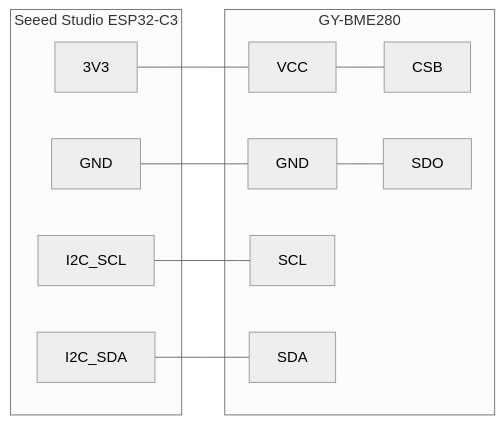
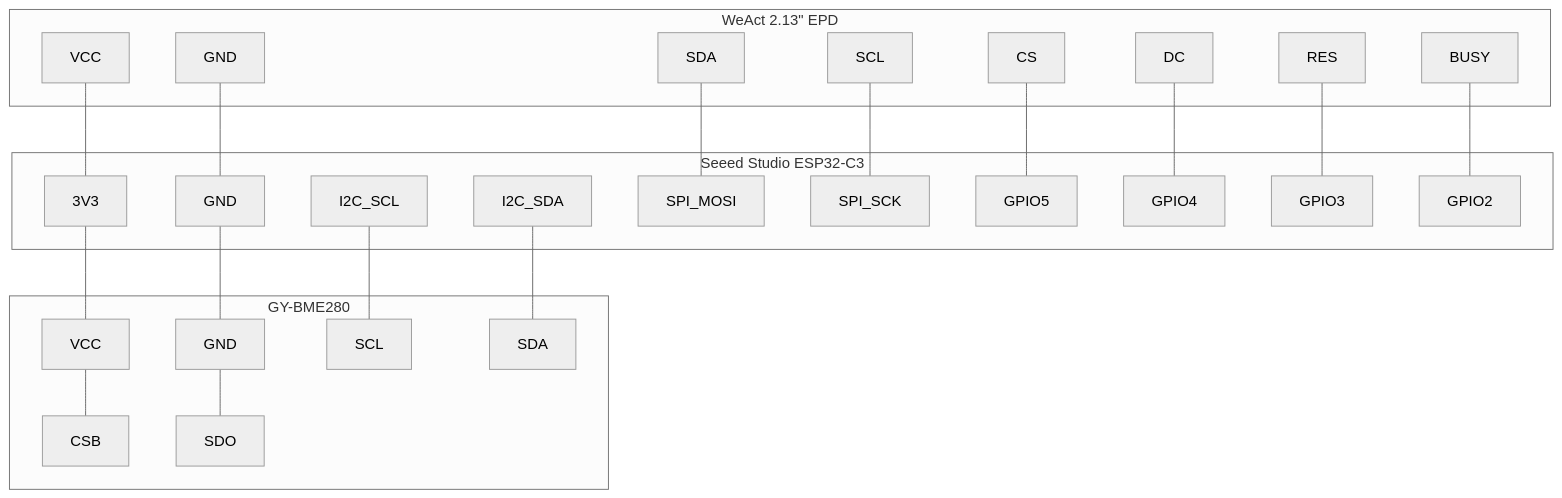
Before and after one commit to rlibaert/weather-station: the diagram in README.md, drawn with Mermaid (neutral theme). The commit also changed other lines of this file and 3 other files, not shown here.

````diff
--- a/README.md
+++ b/README.md
@@ -12,24 +14,47 @@
 ```mermaid
-flowchart LR
+flowchart TB
 
 subgraph ESP32[Seeed Studio ESP32-C3]
   esp_sda[I2C_SDA]
   esp_scl[I2C_SCL]
   esp_3v3[3V3]
   esp_gnd[GND]
+  esp_mosi[SPI_MOSI]
+  esp_sck[SPI_SCK]
+  esp_gpio5[GPIO5]
+  esp_gpio4[GPIO4]
+  esp_gpio3[GPIO3]
+  esp_gpio2[GPIO2]
 end
 
 subgraph GY-BME280
   bme_vcc[VCC]
   bme_gnd[GND]
   bme_scl[SCL]
   bme_sda[SDA]
   bme_vcc --- CSB
   bme_gnd --- SDO
 end
 
+subgraph WeAct 2.13" EPD
+  epd_vcc[VCC]
+  epd_gnd[GND]
+  epd_sda[SDA]
+  epd_scl[SCL]
+  epd_cs[CS]
+  epd_dc[DC]
+  epd_res[RES]
+  epd_busy[BUSY]
+end
+
 esp_sda --- bme_sda
 esp_scl --- bme_scl
-esp_3v3 --- bme_vcc
-esp_gnd --- bme_gnd
+epd_vcc --- esp_3v3 --- bme_vcc
+epd_gnd --- esp_gnd --- bme_gnd
+epd_sda --- esp_mosi
+epd_scl --- esp_sck
+epd_cs --- esp_gpio5
+epd_dc --- esp_gpio4
+epd_res --- esp_gpio3
+epd_busy --- esp_gpio2
 ```
````
